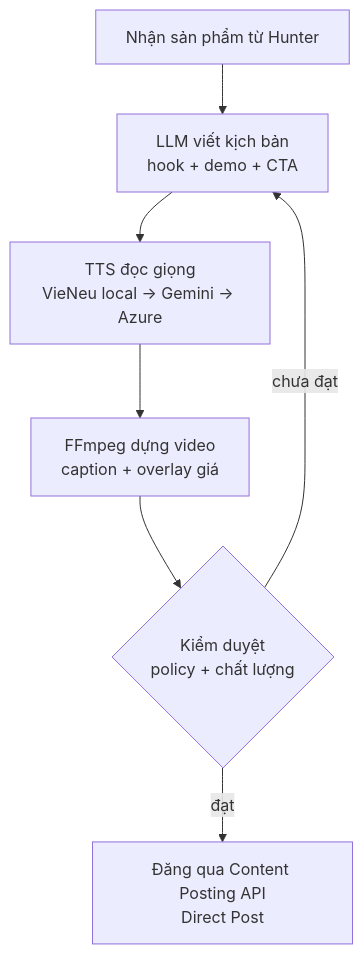
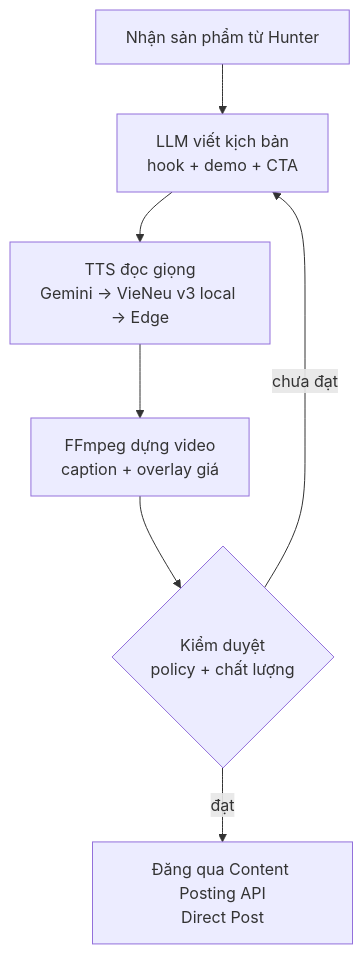
Before and after one commit to ninhlee99/ai-creator-os: the fifth of 9 diagrams in README.md, drawn with Mermaid. The commit also changed other lines of this file and 3 other files, not shown here.

First line of the commit message:
docs: Go-only architecture (v0.5-go)

````diff
--- a/README.md
+++ b/README.md
@@ -152,9 +152,9 @@
 ```mermaid
 flowchart TB
     C1[Nhận sản phẩm từ Hunter] --> C2[LLM viết kịch bản<br/>hook + demo + CTA]
-    C2 --> C3[TTS đọc giọng<br/>VieNeu local → Gemini → Azure]
+    C2 --> C3[TTS đọc giọng<br/>Gemini → VieNeu v3 local → Edge]
     C3 --> C4[FFmpeg dựng video<br/>caption + overlay giá]
     C4 --> C5{Kiểm duyệt<br/>policy + chất lượng}
     C5 -->|đạt| C6[Đăng qua Content Posting API<br/>Direct Post]
     C5 -->|chưa đạt| C2
 ```
````
